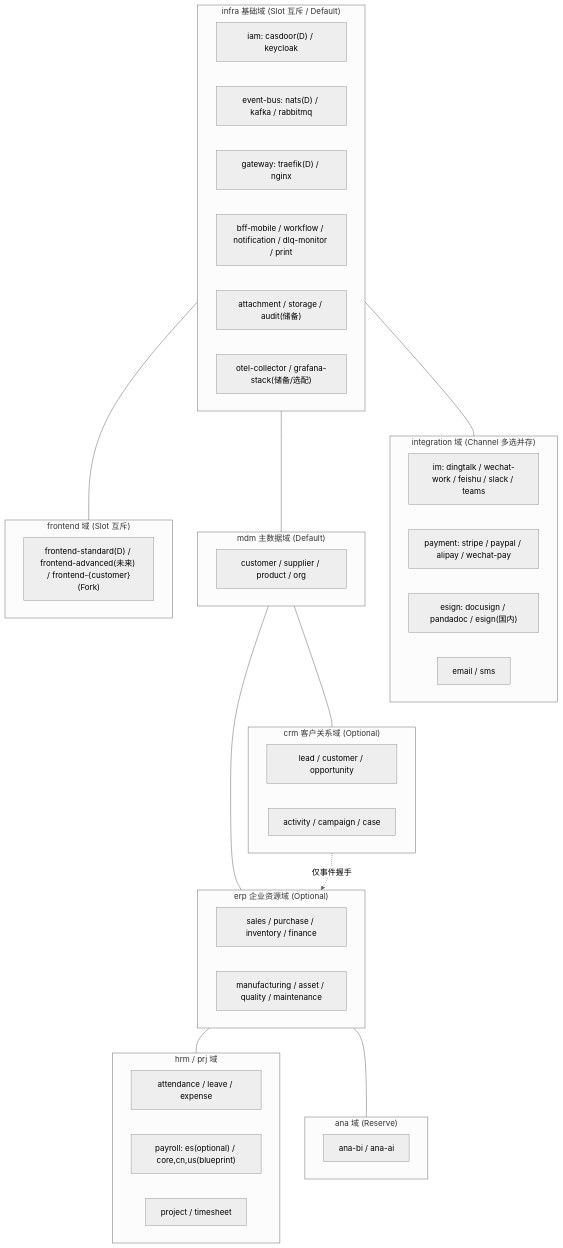
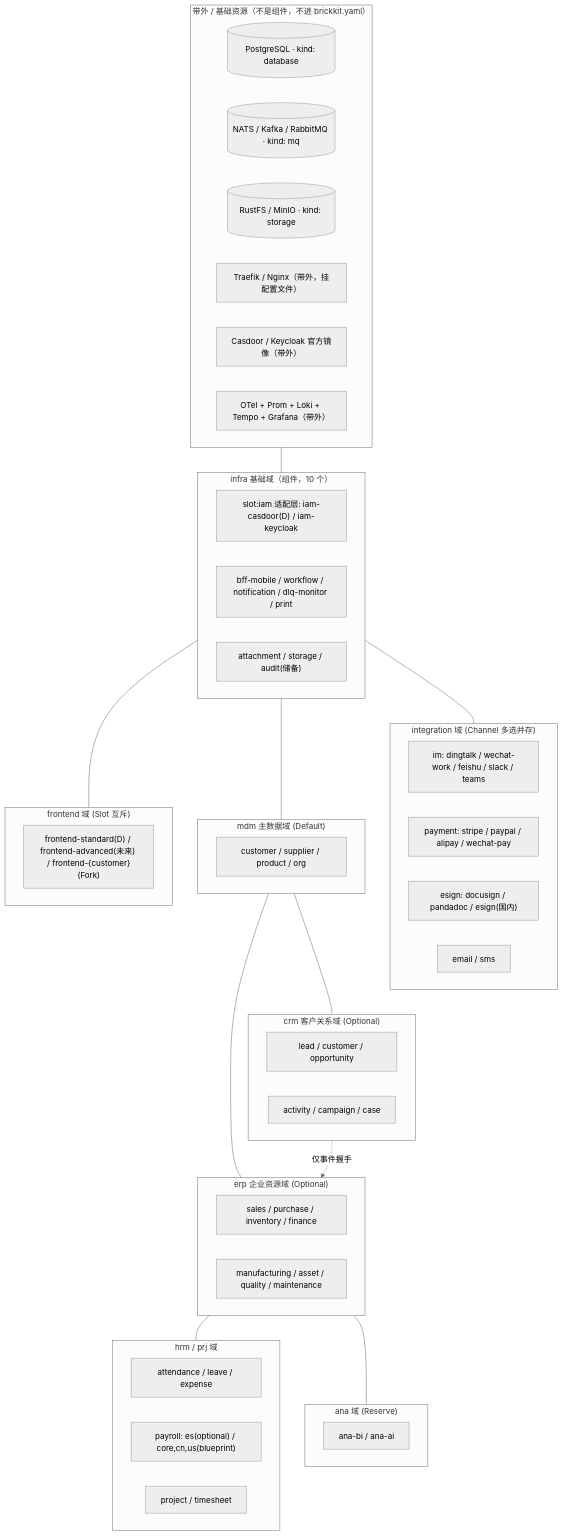
One commit to brickKit/be-assembly-standard changed the fourth of 9 diagrams in BrickEnterprise 设计书.md. Above: the diagram before and after it, drawn with Mermaid (neutral theme). The commit also changed other lines of this file, not shown here.

````diff
--- a/BrickEnterprise 设计书.md
+++ b/BrickEnterprise 设计书.md
@@ -1978,47 +2272,53 @@
 ```mermaid
 flowchart TB
-    subgraph I["infra 基础域 (Slot 互斥 / Default)"]
-        A1["iam: casdoor(D) / keycloak"]
-        A2["event-bus: nats(D) / kafka / rabbitmq"]
-        A3["gateway: traefik(D) / nginx"]
+    subgraph OOB["带外 / 基础资源（不是组件，不进 brickkit.yaml）"]
+        R1[("PostgreSQL · kind: database")]
+        R2[("NATS / Kafka / RabbitMQ · kind: mq")]
+        R3[("RustFS / MinIO · kind: storage")]
+        R4["Traefik / Nginx（带外，挂配置文件）"]
+        R5["Casdoor / Keycloak 官方镜像（带外）"]
+        R6["OTel + Prom + Loki + Tempo + Grafana（带外）"]
+    end
+    subgraph I["infra 基础域（组件，10 个）"]
+        A1["slot:iam 适配层: iam-casdoor(D) / iam-keycloak"]
         A4["bff-mobile / workflow / notification / dlq-monitor / print"]
         A5["attachment / storage / audit(储备)"]
-        A6["otel-collector / grafana-stack(储备/选配)"]
     end
     subgraph X["integration 域 (Channel 多选并存)"]
         X1["im: dingtalk / wechat-work / feishu / slack / teams"]
         X2["payment: stripe / paypal / alipay / wechat-pay"]
         X3["esign: docusign / pandadoc / esign(国内)"]
         X4["email / sms"]
     end
     subgraph M["mdm 主数据域 (Default)"]
         B1["customer / supplier / product / org"]
     end
     subgraph C["crm 客户关系域 (Optional)"]
         C1["lead / customer / opportunity"]
         C2["activity / campaign / case"]
     end
     subgraph E["erp 企业资源域 (Optional)"]
         E1["sales / purchase / inventory / finance"]
         E2["manufacturing / asset / quality / maintenance"]
     end
     subgraph H["hrm / prj 域"]
         H1["attendance / leave / expense"]
         H2["payroll: es(optional) / core,cn,us(blueprint)"]
         H3["project / timesheet"]
     end
     subgraph ANA["ana 域 (Reserve)"]
         AN1["ana-bi / ana-ai"]
     end
     subgraph FE["frontend 域 (Slot 互斥)"]
         FE1["frontend-standard(D) / frontend-advanced(未来) / frontend-{customer}(Fork)"]
     end
+    OOB --- I
     I --- X
     I --- M
     I --- FE
     M --- C
     M --- E
     C -.->|"仅事件握手"| E
     E --- H
     E --- ANA
 ```
````
